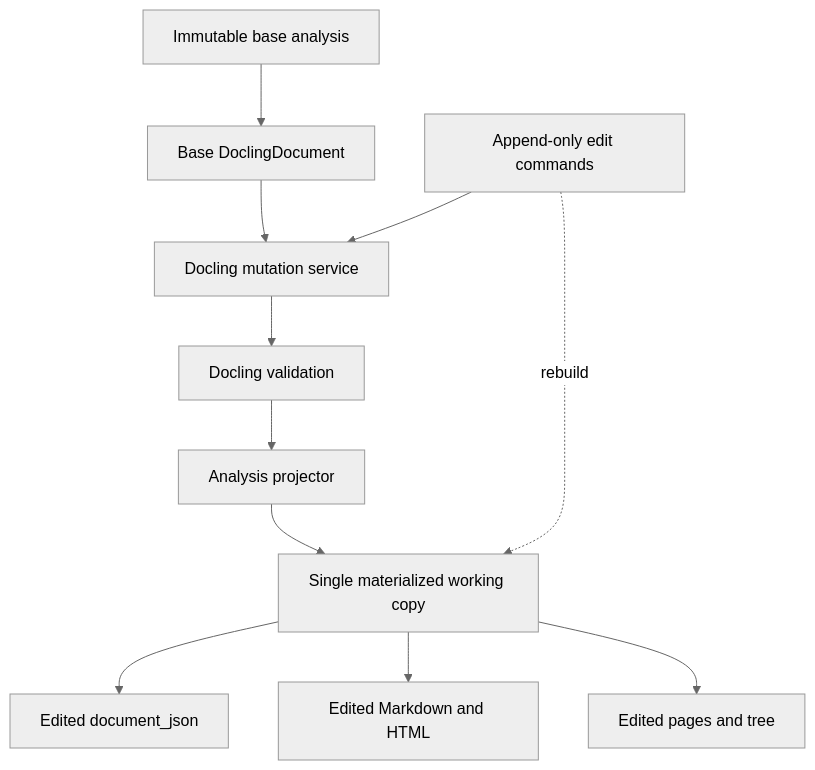
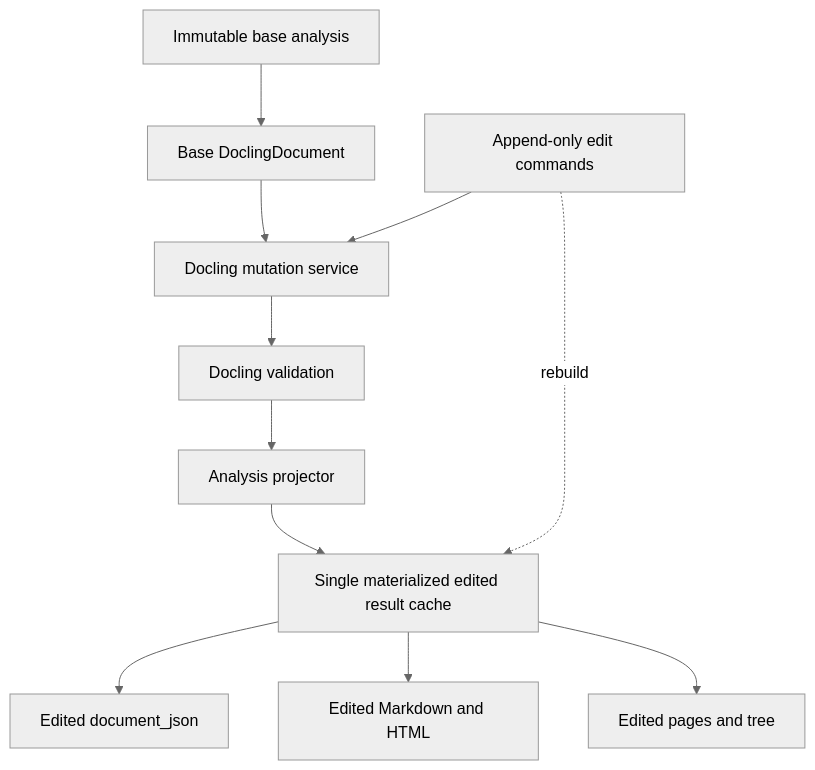
Before and after one commit to scub-france/docling-Studio: the second of 6 diagrams in docs/design/analysis-editor.md, drawn with Mermaid (neutral theme). The commit also changed other lines of this file and 35 other files, not shown here.

````diff
--- a/docs/design/analysis-editor.md
+++ b/docs/design/analysis-editor.md
@@ -57,15 +57,15 @@
 ```mermaid
 flowchart TD
     Base[Immutable base analysis] --> Canonical[Base DoclingDocument]
     Commands[Append-only edit commands] --> Mutator[Docling mutation service]
     Canonical --> Mutator
     Mutator --> Validation[Docling validation]
     Validation --> Projector[Analysis projector]
 
-    Projector --> Working[Single materialized working copy]
+    Projector --> Working[Single materialized edited result cache]
     Working --> NewDoc[Edited document_json]
     Working --> NewMarkdown[Edited Markdown and HTML]
     Working --> NewPages[Edited pages and tree]
 
     Commands -.rebuild.-> Working
 ```
````
